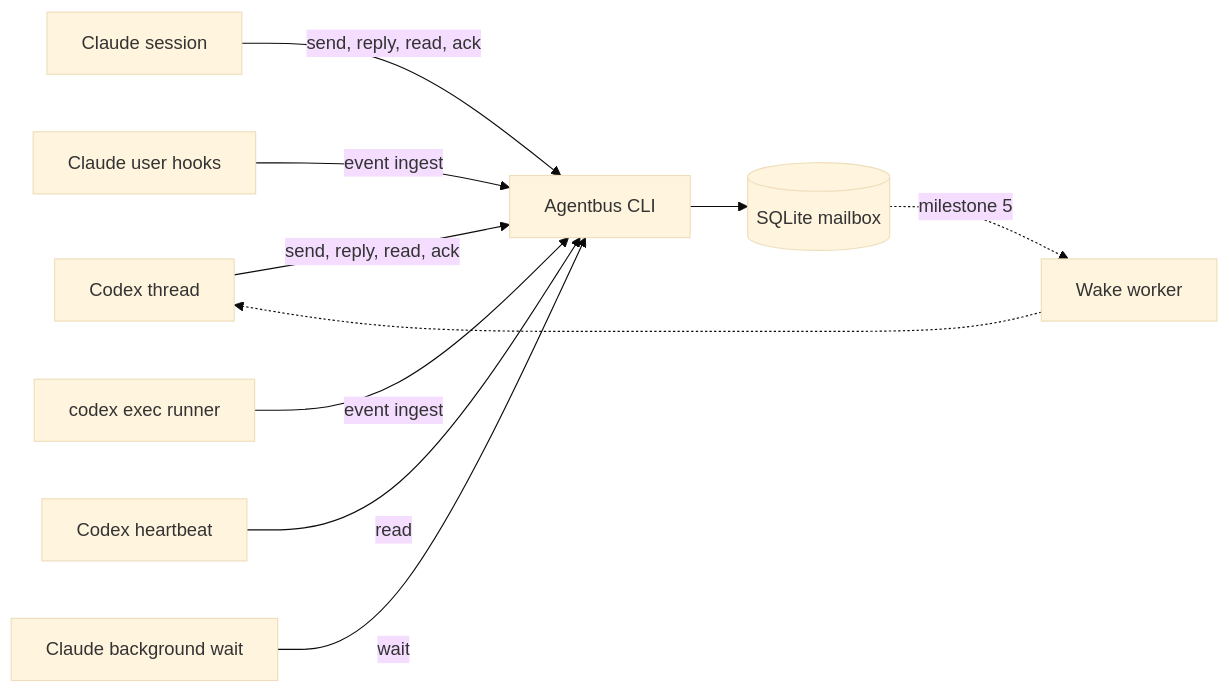
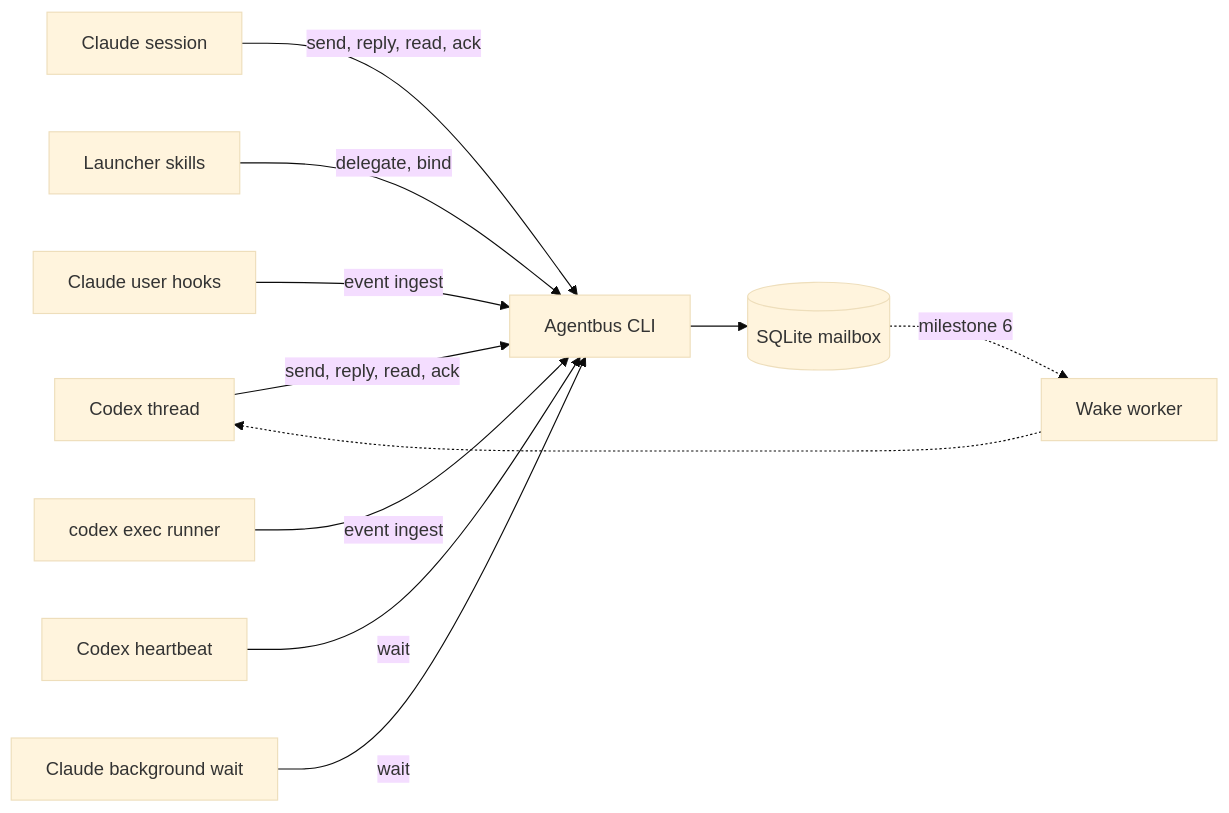
One commit to vforsh/agentbus changed the diagram in PLAN.md. Above: the diagram before and after it, drawn with Mermaid (base theme). The commit also changed other lines of this file, not shown here.

````diff
--- a/PLAN.md
+++ b/PLAN.md
@@ -67,11 +78,12 @@
 ```mermaid
 flowchart LR
     CX[Codex thread] -->|send, reply, read, ack| CLI[Agentbus CLI]
     CL[Claude session] -->|send, reply, read, ack| CLI
+    L[Launcher skills] -->|delegate, bind| CLI
     CH[Claude user hooks] -->|event ingest| CLI
     CR[codex exec runner] -->|event ingest| CLI
-    HB[Codex heartbeat] -->|read| CLI
+    HB[Codex heartbeat] -->|wait| CLI
     BW[Claude background wait] -->|wait| CLI
     CLI --> DB[(SQLite mailbox)]
-    DB -. milestone 5 .-> W[Wake worker] -.-> CX
+    DB -. milestone 6 .-> W[Wake worker] -.-> CX
 ```
````
